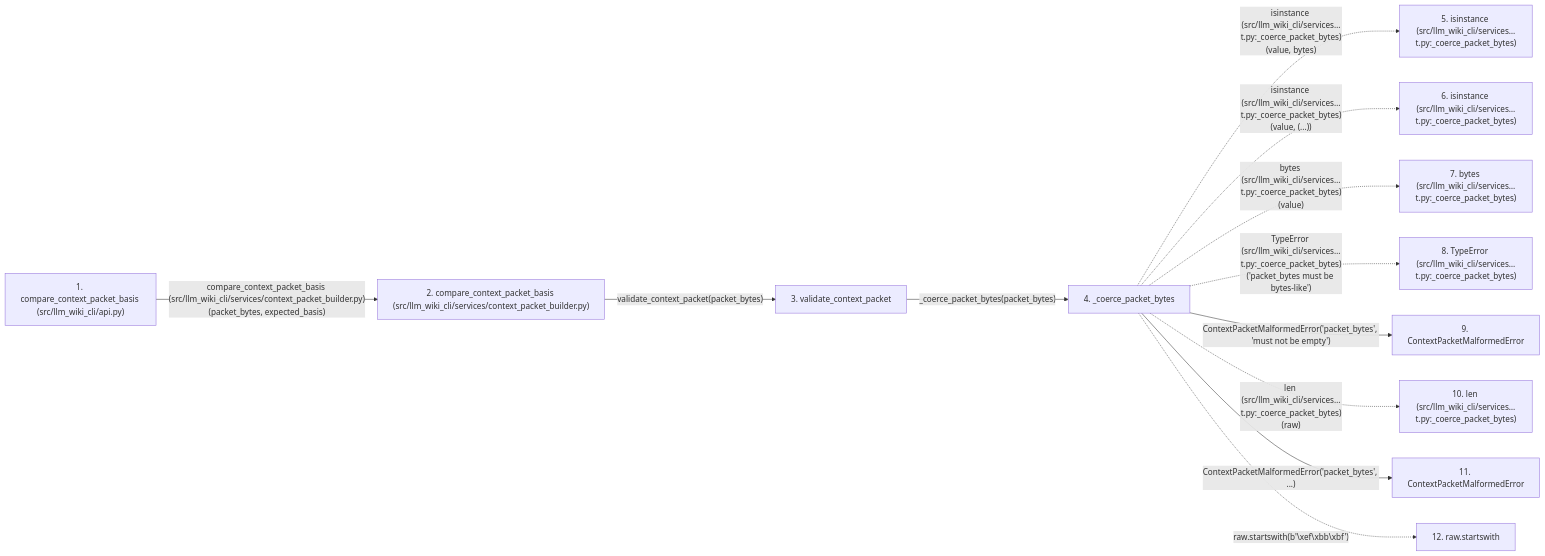
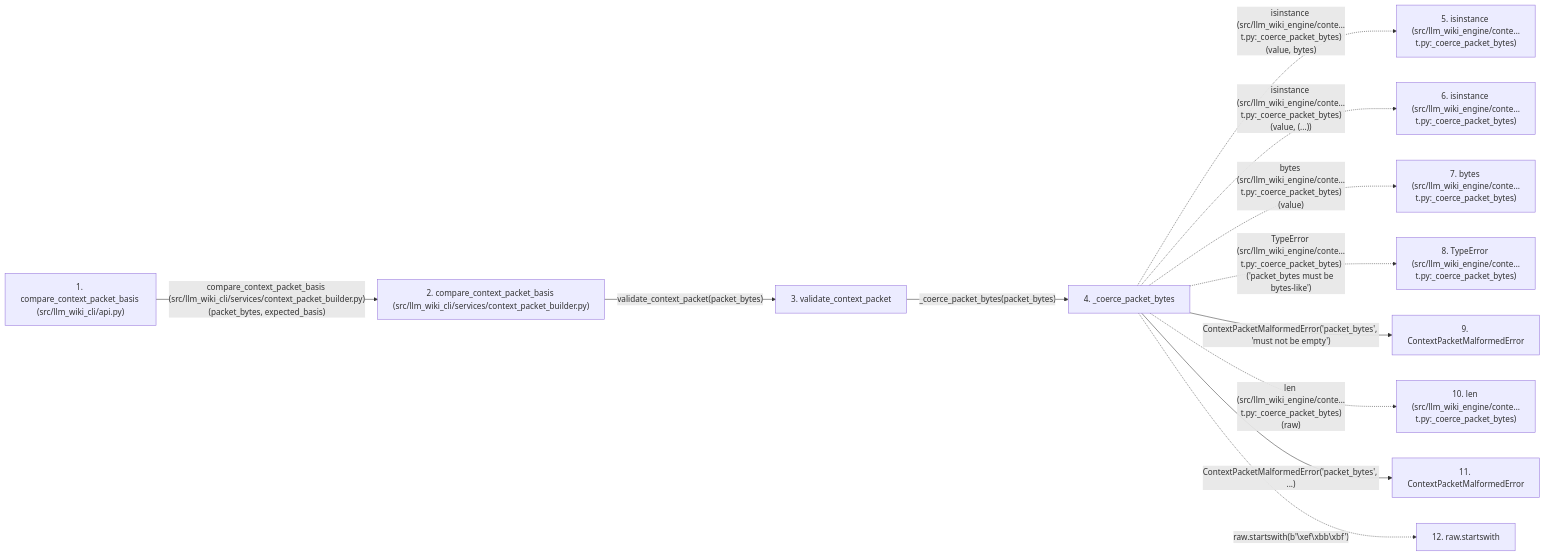
One commit to Denissvgn/python-wiki-llm changed the second of 2 diagrams in docs/llm_wiki/flows/api-compare_context_packet_basis-api.md. Above: the diagram before and after it, drawn with Mermaid. The commit also changed other lines of this file and 577 other files, not shown here.

Commit message:
docs: refresh the wiki for the engine context packet

````diff
--- a/docs/llm_wiki/flows/api-compare_context_packet_basis-api.md
+++ b/docs/llm_wiki/flows/api-compare_context_packet_basis-api.md
@@ -140,32 +140,32 @@
 ```mermaid
 flowchart LR
     s1["1. compare_context_packet_basis (src/llm_wiki_cli/api.py)"]
     s2["2. compare_context_packet_basis (src/llm_wiki_cli/services/context_packet_builder.py)"]
     s3["3. validate_context_packet"]
     s4["4. _coerce_packet_bytes"]
-    s5["5. isinstance (src/llm_wiki_cli/services…t.py:_coerce_packet_bytes)"]
-    s6["6. isinstance (src/llm_wiki_cli/services…t.py:_coerce_packet_bytes)"]
-    s7["7. bytes (src/llm_wiki_cli/services…t.py:_coerce_packet_bytes)"]
-    s8["8. TypeError (src/llm_wiki_cli/services…t.py:_coerce_packet_bytes)"]
+    s5["5. isinstance (src/llm_wiki_engine/conte…t.py:_coerce_packet_bytes)"]
+    s6["6. isinstance (src/llm_wiki_engine/conte…t.py:_coerce_packet_bytes)"]
+    s7["7. bytes (src/llm_wiki_engine/conte…t.py:_coerce_packet_bytes)"]
+    s8["8. TypeError (src/llm_wiki_engine/conte…t.py:_coerce_packet_bytes)"]
     s9["9. ContextPacketMalformedError"]
-    s10["10. len (src/llm_wiki_cli/services…t.py:_coerce_packet_bytes)"]
+    s10["10. len (src/llm_wiki_engine/conte…t.py:_coerce_packet_bytes)"]
     s11["11. ContextPacketMalformedError"]
     s12["12. raw.startswith"]
     s1 -->|"compare_context_packet_basis (src/llm_wiki_cli/services/context_packet_builder.py)(packet_bytes, expected_basis)"| s2
     s2 -->|"validate_context_packet(packet_bytes)"| s3
     s3 -->|"_coerce_packet_bytes(packet_bytes)"| s4
-    s4 -. "isinstance (src/llm_wiki_cli/services…t.py:_coerce_packet_bytes)(value, bytes)" .-> s5
-    s4 -. "isinstance (src/llm_wiki_cli/services…t.py:_coerce_packet_bytes)(value, (...))" .-> s6
-    s4 -. "bytes (src/llm_wiki_cli/services…t.py:_coerce_packet_bytes)(value)" .-> s7
-    s4 -. "TypeError (src/llm_wiki_cli/services…t.py:_coerce_packet_bytes)('packet_bytes must be bytes-like')" .-> s8
+    s4 -. "isinstance (src/llm_wiki_engine/conte…t.py:_coerce_packet_bytes)(value, bytes)" .-> s5
+    s4 -. "isinstance (src/llm_wiki_engine/conte…t.py:_coerce_packet_bytes)(value, (...))" .-> s6
+    s4 -. "bytes (src/llm_wiki_engine/conte…t.py:_coerce_packet_bytes)(value)" .-> s7
+    s4 -. "TypeError (src/llm_wiki_engine/conte…t.py:_coerce_packet_bytes)('packet_bytes must be bytes-like')" .-> s8
     s4 -->|"ContextPacketMalformedError('packet_bytes', 'must not be empty')"| s9
-    s4 -. "len (src/llm_wiki_cli/services…t.py:_coerce_packet_bytes)(raw)" .-> s10
+    s4 -. "len (src/llm_wiki_engine/conte…t.py:_coerce_packet_bytes)(raw)" .-> s10
     s4 -->|"ContextPacketMalformedError('packet_bytes', ...)"| s11
     s4 -. "raw.startswith(b'\xef\xbb\xbf')" .-> s12
     click s1 "../modules/api.md"
     click s2 "../modules/context_packet_builder.md"
     click s3 "../modules/context_packet.md"
     click s4 "../modules/context_packet.md"
     click s9 "../modules/context_packet.md"
     click s11 "../modules/context_packet.md"
 ```
````
